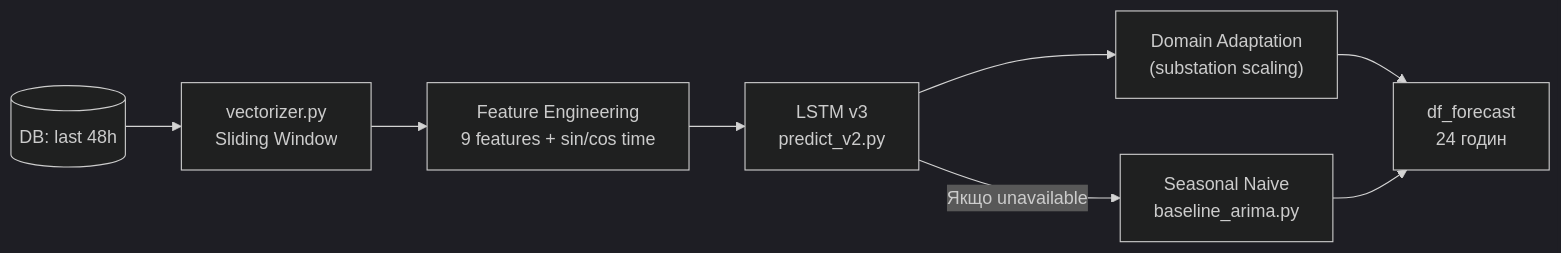
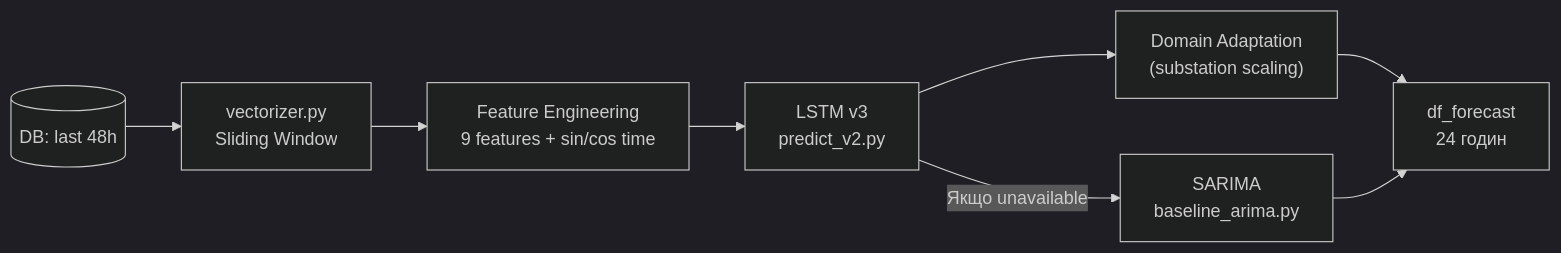
The second of 4 diagrams in docs/architecture.md (Lutvunenko-Dmutro/EnergyMonitor-OLAP), drawn with Mermaid before and after one commit. The commit also changed other lines of this file and 9 other files, not shown here.

````diff
--- a/docs/architecture.md
+++ b/docs/architecture.md
@@ -64,12 +64,12 @@
 ```mermaid
 %%{init: {'theme': 'dark'}}%%
 flowchart LR
     DB[("DB: last 48h")] --> VEC["vectorizer.py\nSliding Window"]
     VEC --> FEAT["Feature Engineering\n9 features + sin/cos time"]
     FEAT --> LSTM["LSTM v3\npredict_v2.py"]
     LSTM --> ADAPT["Domain Adaptation\n(substation scaling)"]
     ADAPT --> OUT["df_forecast\n24 годин"]
 
-    LSTM -- "Якщо unavailable" --> FALL["Seasonal Naive\nbaseline_arima.py"]
+    LSTM -- "Якщо unavailable" --> FALL["SARIMA\nbaseline_arima.py"]
     FALL --> OUT
 ```
````
